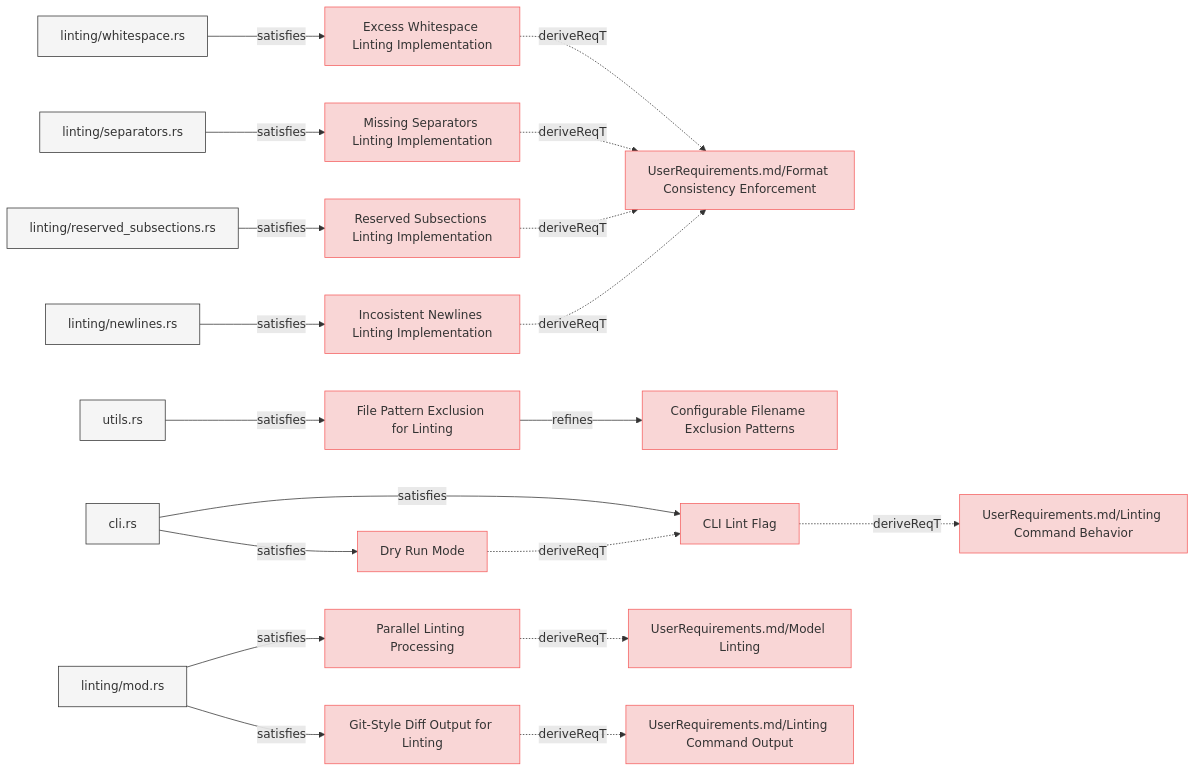
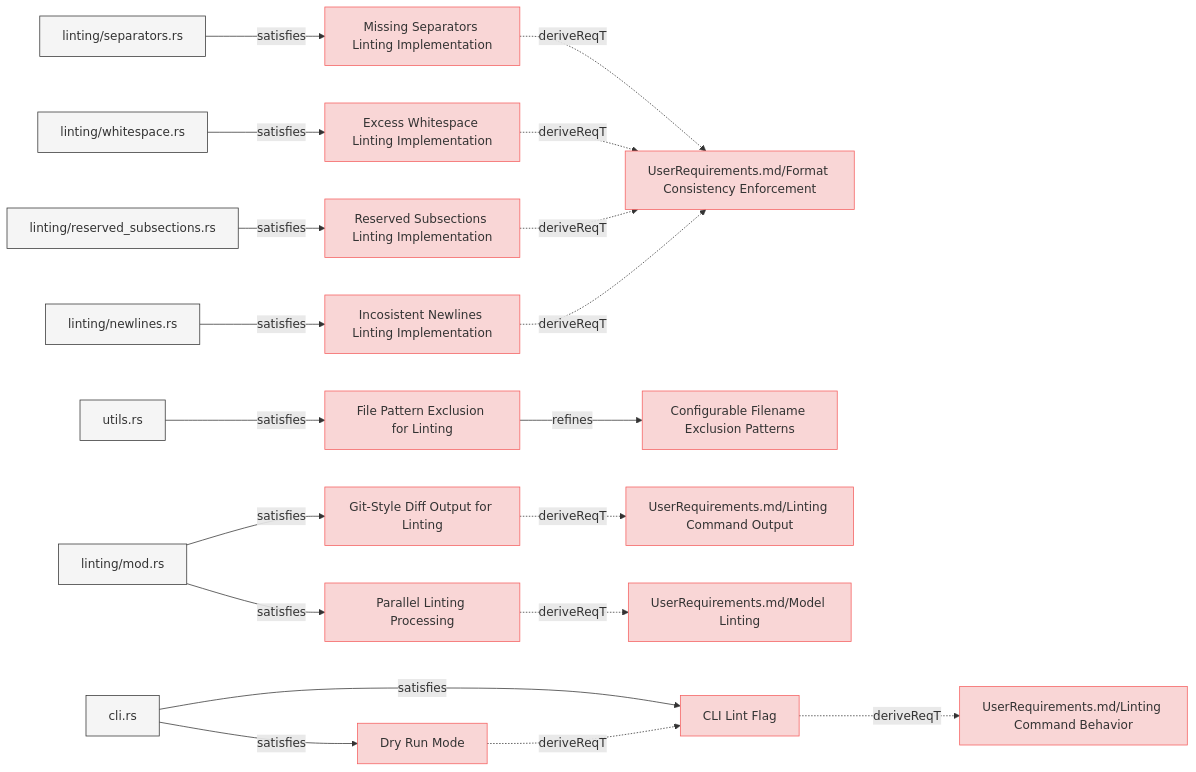
One commit to reqvire-org/reqvire changed the first of 8 diagrams in specifications/SystemRequirements/Requirements.md. Above: the diagram before and after it, drawn with Mermaid. The commit also changed other lines of this file and 17 other files, not shown here.

Commit message:
Auto-generate diagrams after PR merge to main

````diff
--- a/specifications/SystemRequirements/Requirements.md
+++ b/specifications/SystemRequirements/Requirements.md
@@ -9,85 +9,85 @@
   classDef externalLink fill:#d0e0ff,stroke:#3080ff,stroke-width:1px;
   classDef default fill:#f5f5f5,stroke:#333333,stroke-width:1px;
 
-  3f3d3f9ccb15029a["Excess Whitespace Linting Implementation"];
-  click 3f3d3f9ccb15029a "https://github.com/ilijaljubicic/ReqFlow/blob/29a17f176519a28e973567d4102beb95f41075ed/specifications/SystemRequirements/Requirements.md#excess-whitespace-linting-implementation";
-  class 3f3d3f9ccb15029a requirement;
-  81758bdb22a3329d["UserRequirements.md/Format Consistency Enforcement"];
-  class 81758bdb22a3329d requirement;
-  click 81758bdb22a3329d "https://github.com/ilijaljubicic/ReqFlow/blob/29a17f176519a28e973567d4102beb95f41075ed/specifications/UserRequirements.md#format-consistency-enforcement";
-  3f3d3f9ccb15029a -.->|deriveReqT| 81758bdb22a3329d;
-  bb06efd0b85636ec["linting/whitespace.rs"];
-  class bb06efd0b85636ec default;
-  click bb06efd0b85636ec "https://github.com/ilijaljubicic/ReqFlow/blob/29a17f176519a28e973567d4102beb95f41075ed/core/src/linting/whitespace.rs";
-  bb06efd0b85636ec -->|satisfies| 3f3d3f9ccb15029a;
-  45770e9b319d3819["File Pattern Exclusion for Linting"];
-  click 45770e9b319d3819 "https://github.com/ilijaljubicic/ReqFlow/blob/29a17f176519a28e973567d4102beb95f41075ed/specifications/SystemRequirements/Requirements.md#file-pattern-exclusion-for-linting";
-  class 45770e9b319d3819 requirement;
-  cc8128cae305b29d["Configurable Filename Exclusion Patterns"];
-  class cc8128cae305b29d requirement;
-  click cc8128cae305b29d "https://github.com/ilijaljubicic/ReqFlow/blob/29a17f176519a28e973567d4102beb95f41075ed/specifications/SystemRequirements/Requirements.md#configurable-filename-exclusion-patterns";
-  45770e9b319d3819 -->|refines| cc8128cae305b29d;
-  3189923c3f5e2124["utils.rs"];
-  class 3189923c3f5e2124 default;
-  click 3189923c3f5e2124 "https://github.com/ilijaljubicic/ReqFlow/blob/29a17f176519a28e973567d4102beb95f41075ed/core/src/utils.rs";
-  3189923c3f5e2124 -->|satisfies| 45770e9b319d3819;
-  fffbb227966be4f2["CLI Lint Flag"];
-  click fffbb227966be4f2 "https://github.com/ilijaljubicic/ReqFlow/blob/29a17f176519a28e973567d4102beb95f41075ed/specifications/SystemRequirements/Requirements.md#cli-lint-flag";
-  class fffbb227966be4f2 requirement;
-  887a7d36caacab2b["UserRequirements.md/Linting Command Behavior"];
-  class 887a7d36caacab2b requirement;
-  click 887a7d36caacab2b "https://github.com/ilijaljubicic/ReqFlow/blob/29a17f176519a28e973567d4102beb95f41075ed/specifications/UserRequirements.md#linting-command";
-  fffbb227966be4f2 -.->|deriveReqT| 887a7d36caacab2b;
-  11ffc4632afd7c4c["cli.rs"];
-  class 11ffc4632afd7c4c default;
-  click 11ffc4632afd7c4c "https://github.com/ilijaljubicic/ReqFlow/blob/29a17f176519a28e973567d4102beb95f41075ed/cli/src/cli.rs";
-  11ffc4632afd7c4c -->|satisfies| fffbb227966be4f2;
-  66aa36deca421516["Parallel Linting Processing"];
-  click 66aa36deca421516 "https://github.com/ilijaljubicic/ReqFlow/blob/29a17f176519a28e973567d4102beb95f41075ed/specifications/SystemRequirements/Requirements.md#parallel-linting-processing";
-  class 66aa36deca421516 requirement;
-  103ddb8dc3242215["UserRequirements.md/Model Linting"];
-  class 103ddb8dc3242215 requirement;
-  click 103ddb8dc3242215 "https://github.com/ilijaljubicic/ReqFlow/blob/29a17f176519a28e973567d4102beb95f41075ed/specifications/UserRequirements.md#model-linting";
-  66aa36deca421516 -.->|deriveReqT| 103ddb8dc3242215;
-  8b47697e4e9fce62["linting/mod.rs"];
-  class 8b47697e4e9fce62 default;
-  click 8b47697e4e9fce62 "https://github.com/ilijaljubicic/ReqFlow/blob/29a17f176519a28e973567d4102beb95f41075ed/core/src/linting/mod.rs";
-  8b47697e4e9fce62 -->|satisfies| 66aa36deca421516;
-  dd0846393d037337["Missing Separators Linting Implementation"];
-  click dd0846393d037337 "https://github.com/ilijaljubicic/ReqFlow/blob/29a17f176519a28e973567d4102beb95f41075ed/specifications/SystemRequirements/Requirements.md#missing-separators-linting-implementation";
-  class dd0846393d037337 requirement;
-  dd0846393d037337 -.->|deriveReqT| 81758bdb22a3329d;
-  9abe404e42ed3086["linting/separators.rs"];
-  class 9abe404e42ed3086 default;
-  click 9abe404e42ed3086 "https://github.com/ilijaljubicic/ReqFlow/blob/29a17f176519a28e973567d4102beb95f41075ed/core/src/linting/separators.rs";
-  9abe404e42ed3086 -->|satisfies| dd0846393d037337;
-  8f2198f681f63fea["Dry Run Mode"];
-  click 8f2198f681f63fea "https://github.com/ilijaljubicic/ReqFlow/blob/29a17f176519a28e973567d4102beb95f41075ed/specifications/SystemRequirements/Requirements.md#dry-run-mode";
-  class 8f2198f681f63fea requirement;
-  8f2198f681f63fea -.->|deriveReqT| fffbb227966be4f2;
-  11ffc4632afd7c4c -->|satisfies| 8f2198f681f63fea;
-  63f1cd4974cbf62["Git-Style Diff Output for Linting"];
-  click 63f1cd4974cbf62 "https://github.com/ilijaljubicic/ReqFlow/blob/29a17f176519a28e973567d4102beb95f41075ed/specifications/SystemRequirements/Requirements.md#git-style-diff-output-for-linting";
-  class 63f1cd4974cbf62 requirement;
-  808b1863c88b26c4["UserRequirements.md/Linting Command Output"];
-  class 808b1863c88b26c4 requirement;
-  click 808b1863c88b26c4 "https://github.com/ilijaljubicic/ReqFlow/blob/29a17f176519a28e973567d4102beb95f41075ed/specifications/UserRequirements.md#linting-command-output";
-  63f1cd4974cbf62 -.->|deriveReqT| 808b1863c88b26c4;
-  8b47697e4e9fce62 -->|satisfies| 63f1cd4974cbf62;
-  193cd6463891423e["Reserved Subsections Linting Implementation"];
-  click 193cd6463891423e "https://github.com/ilijaljubicic/ReqFlow/blob/29a17f176519a28e973567d4102beb95f41075ed/specifications/SystemRequirements/Requirements.md#reserved-subsections-linting-implementation";
-  class 193cd6463891423e requirement;
-  193cd6463891423e -.->|deriveReqT| 81758bdb22a3329d;
-  3aaafb0eaf60961c["linting/reserved_subsections.rs"];
-  class 3aaafb0eaf60961c default;
-  click 3aaafb0eaf60961c "https://github.com/ilijaljubicic/ReqFlow/blob/29a17f176519a28e973567d4102beb95f41075ed/core/src/linting/indentation.rs";
-  3aaafb0eaf60961c -->|satisfies| 193cd6463891423e;
-  f98ae394dbbde42c["Incosistent Newlines Linting Implementation"];
-  click f98ae394dbbde42c "https://github.com/ilijaljubicic/ReqFlow/blob/29a17f176519a28e973567d4102beb95f41075ed/specifications/SystemRequirements/Requirements.md#incosistent-newlines-linting-implementation";
-  class f98ae394dbbde42c requirement;
-  f98ae394dbbde42c -.->|deriveReqT| 81758bdb22a3329d;
-  b52472a7ccc9c395["linting/newlines.rs"];
-  class b52472a7ccc9c395 default;
-  click b52472a7ccc9c395 "https://github.com/ilijaljubicic/ReqFlow/blob/29a17f176519a28e973567d4102beb95f41075ed/core/src/linting/newlines.rs";
-  b52472a7ccc9c395 -->|satisfies| f98ae394dbbde42c;
+  acd59cad64333401["Missing Separators Linting Implementation"];
+  click acd59cad64333401 "https://github.com/ilijaljubicic/ReqFlow/blob/73d5ae1d93adea71fdf4cc508be4d1ae09be068f/specifications/SystemRequirements/Requirements.md#missing-separators-linting-implementation";
+  class acd59cad64333401 requirement;
+  b692557f47cee0f7["UserRequirements.md/Format Consistency Enforcement"];
+  class b692557f47cee0f7 requirement;
+  click b692557f47cee0f7 "https://github.com/ilijaljubicic/ReqFlow/blob/73d5ae1d93adea71fdf4cc508be4d1ae09be068f/specifications/UserRequirements.md#format-consistency-enforcement";
+  acd59cad64333401 -.->|deriveReqT| b692557f47cee0f7;
+  7b8ca81a67f9ca1c["linting/separators.rs"];
+  class 7b8ca81a67f9ca1c default;
+  click 7b8ca81a67f9ca1c "https://github.com/ilijaljubicic/ReqFlow/blob/73d5ae1d93adea71fdf4cc508be4d1ae09be068f/core/src/linting/separators.rs";
+  7b8ca81a67f9ca1c -->|satisfies| acd59cad64333401;
+  c2d5791e32e75081["File Pattern Exclusion for Linting"];
+  click c2d5791e32e75081 "https://github.com/ilijaljubicic/ReqFlow/blob/73d5ae1d93adea71fdf4cc508be4d1ae09be068f/specifications/SystemRequirements/Requirements.md#file-pattern-exclusion-for-linting";
+  class c2d5791e32e75081 requirement;
+  348451e9313c44a3["Configurable Filename Exclusion Patterns"];
+  class 348451e9313c44a3 requirement;
+  click 348451e9313c44a3 "https://github.com/ilijaljubicic/ReqFlow/blob/73d5ae1d93adea71fdf4cc508be4d1ae09be068f/specifications/SystemRequirements/Requirements.md#configurable-filename-exclusion-patterns";
+  c2d5791e32e75081 -->|refines| 348451e9313c44a3;
+  cbb6fb87adcff9d["utils.rs"];
+  class cbb6fb87adcff9d default;
+  click cbb6fb87adcff9d "https://github.com/ilijaljubicic/ReqFlow/blob/73d5ae1d93adea71fdf4cc508be4d1ae09be068f/core/src/utils.rs";
+  cbb6fb87adcff9d -->|satisfies| c2d5791e32e75081;
+  51b41cf76fdb8ffc["Excess Whitespace Linting Implementation"];
+  click 51b41cf76fdb8ffc "https://github.com/ilijaljubicic/ReqFlow/blob/73d5ae1d93adea71fdf4cc508be4d1ae09be068f/specifications/SystemRequirements/Requirements.md#excess-whitespace-linting-implementation";
+  class 51b41cf76fdb8ffc requirement;
+  51b41cf76fdb8ffc -.->|deriveReqT| b692557f47cee0f7;
+  6e1ba12020c21f6c["linting/whitespace.rs"];
+  class 6e1ba12020c21f6c default;
+  click 6e1ba12020c21f6c "https://github.com/ilijaljubicic/ReqFlow/blob/73d5ae1d93adea71fdf4cc508be4d1ae09be068f/core/src/linting/whitespace.rs";
+  6e1ba12020c21f6c -->|satisfies| 51b41cf76fdb8ffc;
+  47d58145636b9c4f["Reserved Subsections Linting Implementation"];
+  click 47d58145636b9c4f "https://github.com/ilijaljubicic/ReqFlow/blob/73d5ae1d93adea71fdf4cc508be4d1ae09be068f/specifications/SystemRequirements/Requirements.md#reserved-subsections-linting-implementation";
+  class 47d58145636b9c4f requirement;
+  47d58145636b9c4f -.->|deriveReqT| b692557f47cee0f7;
+  a7b10289a2855dbf["linting/reserved_subsections.rs"];
+  class a7b10289a2855dbf default;
+  click a7b10289a2855dbf "https://github.com/ilijaljubicic/ReqFlow/blob/73d5ae1d93adea71fdf4cc508be4d1ae09be068f/core/src/linting/indentation.rs";
+  a7b10289a2855dbf -->|satisfies| 47d58145636b9c4f;
+  a3c82f095e6506f9["Incosistent Newlines Linting Implementation"];
+  click a3c82f095e6506f9 "https://github.com/ilijaljubicic/ReqFlow/blob/73d5ae1d93adea71fdf4cc508be4d1ae09be068f/specifications/SystemRequirements/Requirements.md#incosistent-newlines-linting-implementation";
+  class a3c82f095e6506f9 requirement;
+  a3c82f095e6506f9 -.->|deriveReqT| b692557f47cee0f7;
+  9b6c88b7652bc5f8["linting/newlines.rs"];
+  class 9b6c88b7652bc5f8 default;
+  click 9b6c88b7652bc5f8 "https://github.com/ilijaljubicic/ReqFlow/blob/73d5ae1d93adea71fdf4cc508be4d1ae09be068f/core/src/linting/newlines.rs";
+  9b6c88b7652bc5f8 -->|satisfies| a3c82f095e6506f9;
+  b8ef485644f8b634["Git-Style Diff Output for Linting"];
+  click b8ef485644f8b634 "https://github.com/ilijaljubicic/ReqFlow/blob/73d5ae1d93adea71fdf4cc508be4d1ae09be068f/specifications/SystemRequirements/Requirements.md#git-style-diff-output-for-linting";
+  class b8ef485644f8b634 requirement;
+  fe8919c53f8115d7["UserRequirements.md/Linting Command Output"];
+  class fe8919c53f8115d7 requirement;
+  click fe8919c53f8115d7 "https://github.com/ilijaljubicic/ReqFlow/blob/73d5ae1d93adea71fdf4cc508be4d1ae09be068f/specifications/UserRequirements.md#linting-command-output";
+  b8ef485644f8b634 -.->|deriveReqT| fe8919c53f8115d7;
+  332f748fff7d7070["linting/mod.rs"];
+  class 332f748fff7d7070 default;
+  click 332f748fff7d7070 "https://github.com/ilijaljubicic/ReqFlow/blob/73d5ae1d93adea71fdf4cc508be4d1ae09be068f/core/src/linting/mod.rs";
+  332f748fff7d7070 -->|satisfies| b8ef485644f8b634;
+  32d2c19b923c0ac7["CLI Lint Flag"];
+  click 32d2c19b923c0ac7 "https://github.com/ilijaljubicic/ReqFlow/blob/73d5ae1d93adea71fdf4cc508be4d1ae09be068f/specifications/SystemRequirements/Requirements.md#cli-lint-flag";
+  class 32d2c19b923c0ac7 requirement;
+  51a11693af2e41fb["UserRequirements.md/Linting Command Behavior"];
+  class 51a11693af2e41fb requirement;
+  click 51a11693af2e41fb "https://github.com/ilijaljubicic/ReqFlow/blob/73d5ae1d93adea71fdf4cc508be4d1ae09be068f/specifications/UserRequirements.md#linting-command";
+  32d2c19b923c0ac7 -.->|deriveReqT| 51a11693af2e41fb;
+  b2b6ff676ff5d2cc["cli.rs"];
+  class b2b6ff676ff5d2cc default;
+  click b2b6ff676ff5d2cc "https://github.com/ilijaljubicic/ReqFlow/blob/73d5ae1d93adea71fdf4cc508be4d1ae09be068f/cli/src/cli.rs";
+  b2b6ff676ff5d2cc -->|satisfies| 32d2c19b923c0ac7;
+  44453b835c3fc32e["Parallel Linting Processing"];
+  click 44453b835c3fc32e "https://github.com/ilijaljubicic/ReqFlow/blob/73d5ae1d93adea71fdf4cc508be4d1ae09be068f/specifications/SystemRequirements/Requirements.md#parallel-linting-processing";
+  class 44453b835c3fc32e requirement;
+  a479ae0b8d8c4fce["UserRequirements.md/Model Linting"];
+  class a479ae0b8d8c4fce requirement;
+  click a479ae0b8d8c4fce "https://github.com/ilijaljubicic/ReqFlow/blob/73d5ae1d93adea71fdf4cc508be4d1ae09be068f/specifications/UserRequirements.md#model-linting";
+  44453b835c3fc32e -.->|deriveReqT| a479ae0b8d8c4fce;
+  332f748fff7d7070 -->|satisfies| 44453b835c3fc32e;
+  bd9d6fae737d418f["Dry Run Mode"];
+  click bd9d6fae737d418f "https://github.com/ilijaljubicic/ReqFlow/blob/73d5ae1d93adea71fdf4cc508be4d1ae09be068f/specifications/SystemRequirements/Requirements.md#dry-run-mode";
+  class bd9d6fae737d418f requirement;
+  bd9d6fae737d418f -.->|deriveReqT| 32d2c19b923c0ac7;
+  b2b6ff676ff5d2cc -->|satisfies| bd9d6fae737d418f;
 ```
````
